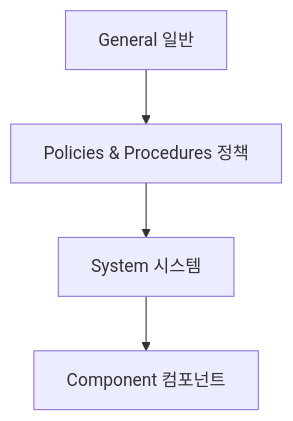
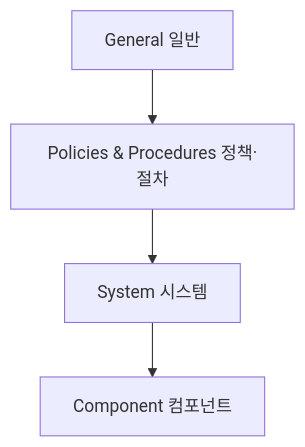
One commit to coninggu/wjdqhrhksflrltnftk changed the diagram in content/isa-iec-62443.md. Above: the diagram before and after it, drawn with Mermaid. The commit also changed other lines of this file and 16 other files, not shown here.

````diff
--- a/content/isa-iec-62443.md
+++ b/content/isa-iec-62443.md
@@ -14,6 +15,6 @@
 ```mermaid
 flowchart TB
-  G[General 일반] --> P[Policies & Procedures 정책]
+  G[General 일반] --> P[Policies & Procedures 정책·절차]
   P --> S[System 시스템]
   S --> C[Component 컴포넌트]
 ```
````
